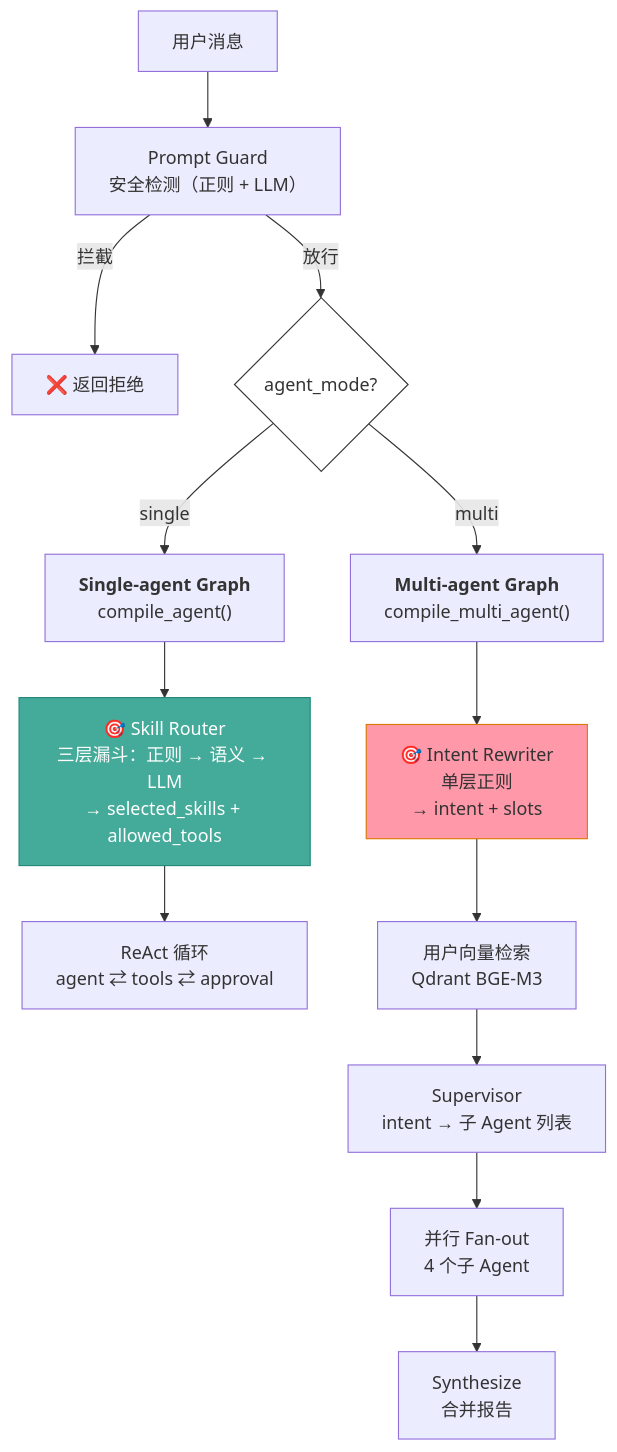
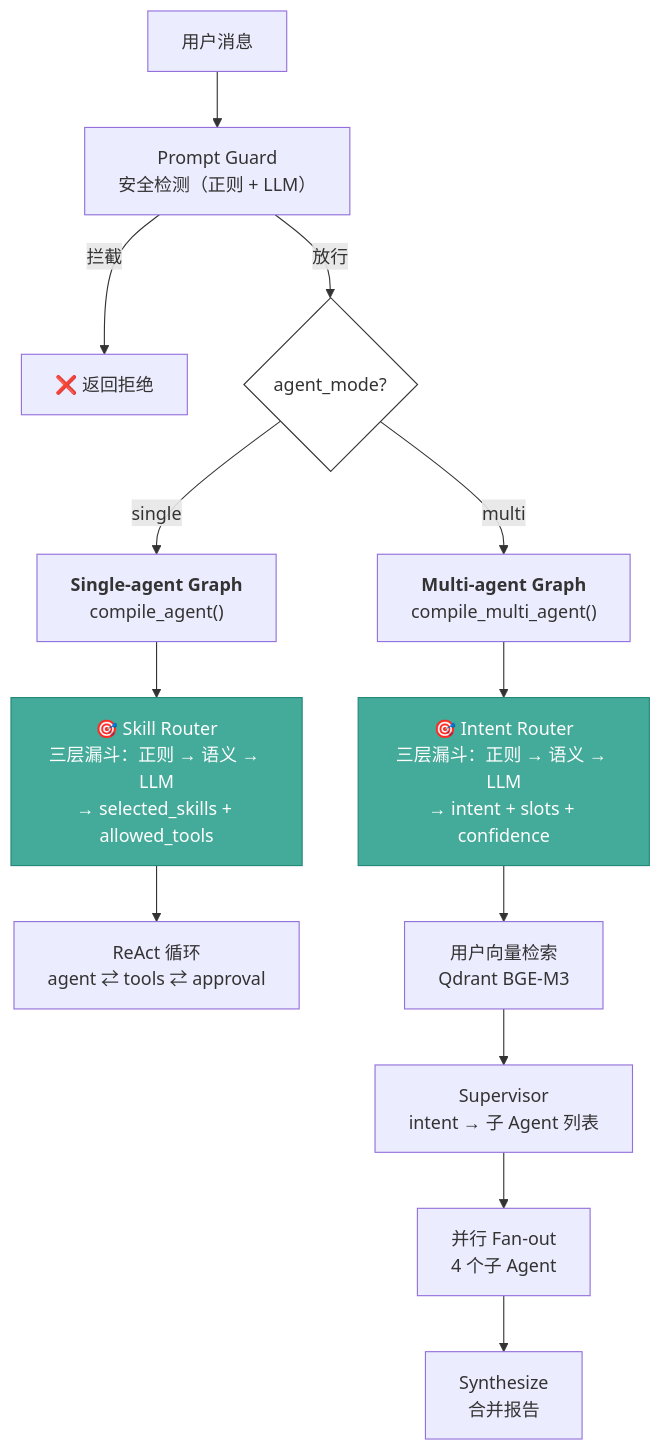
The first of 12 diagrams in 路由.md (YachuanWzh/huamulan-agent), drawn with Mermaid before and after one commit. The commit also changed other lines of this file and 5 other files, not shown here.

First line of the commit message:
feat(intent-router): 实现 Multi-agent Hybrid 三层意图路由

````diff
--- a/路由.md
+++ b/路由.md
@@ -26,22 +26,22 @@
 ```mermaid
 flowchart TD
     MSG["用户消息"] --> PG["Prompt Guard<br/>安全检测（正则 + LLM）"]
     PG -->|拦截| BLOCK["❌ 返回拒绝"]
     PG -->|放行| MODE{"agent_mode?"}
 
     MODE -->|"single"| S_GRAPH["<b>Single-agent Graph</b><br/>compile_agent()"]
     MODE -->|"multi"| M_GRAPH["<b>Multi-agent Graph</b><br/>compile_multi_agent()"]
 
     S_GRAPH --> S_ROUTE["🎯 Skill Router<br/>三层漏斗：正则 → 语义 → LLM<br/>→ selected_skills + allowed_tools"]
     S_ROUTE --> S_AGENT["ReAct 循环<br/>agent ⇄ tools ⇄ approval"]
 
-    M_GRAPH --> M_ROUTE["🎯 Intent Rewriter<br/>单层正则<br/>→ intent + slots"]
+    M_GRAPH --> M_ROUTE["🎯 Intent Router<br/>三层漏斗：正则 → 语义 → LLM<br/>→ intent + slots + confidence"]
     M_ROUTE --> M_VEC["用户向量检索<br/>Qdrant BGE-M3"]
     M_VEC --> M_SUP["Supervisor<br/>intent → 子 Agent 列表"]
     M_SUP --> M_FAN["并行 Fan-out<br/>4 个子 Agent"]
     M_FAN --> M_SYN["Synthesize<br/>合并报告"]
 
     style S_ROUTE fill:#4a9,stroke:#287,color:#fff
-    style M_ROUTE fill:#f9a,stroke:#d70,color:#333
+    style M_ROUTE fill:#4a9,stroke:#287,color:#fff
     style MODE fill:#fff,stroke:#333,color:#333
 ```
````
